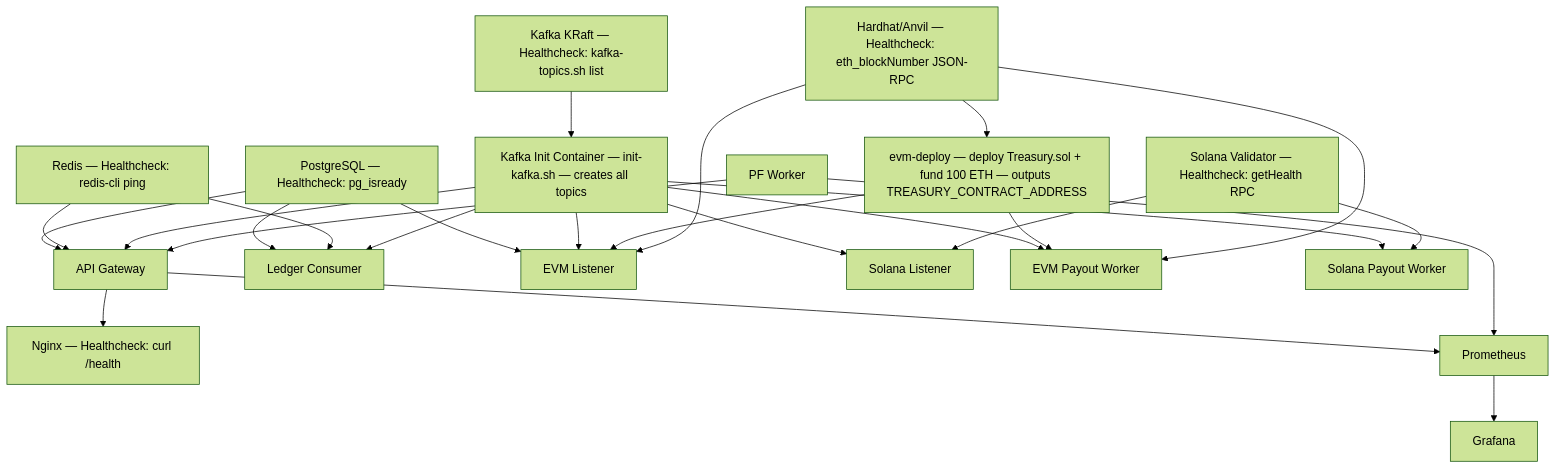
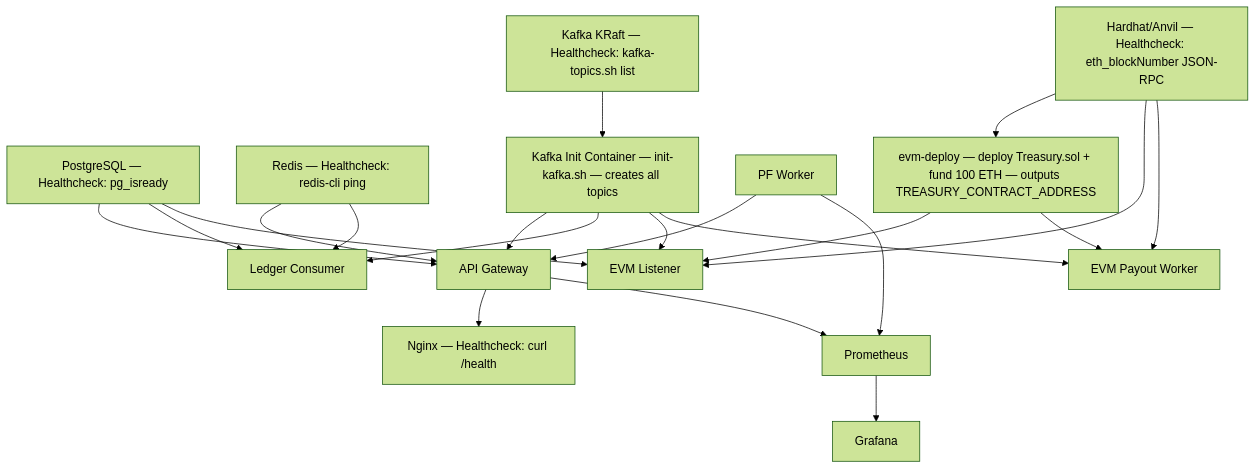
The first of 7 diagrams in documentation/infrastructure-flows.md (Fennzo/DiceTilt), drawn with Mermaid (forest theme) before and after one commit. The commit also changed other lines of this file and 24 other files, not shown here.

Commit message:
align architecture docs with current runtime implementation

````diff
--- a/documentation/infrastructure-flows.md
+++ b/documentation/infrastructure-flows.md
@@ -28,45 +28,38 @@
 ```mermaid
 flowchart TD
     PG["PostgreSQL — Healthcheck: pg_isready"]
     Redis["Redis — Healthcheck: redis-cli ping"]
     Kafka["Kafka KRaft — Healthcheck: kafka-topics.sh list"]
     KafkaInit["Kafka Init Container — init-kafka.sh — creates all topics"]
     Nginx["Nginx — Healthcheck: curl /health"]
     PF["PF Worker"]
     API["API Gateway"]
     Ledger["Ledger Consumer"]
     EVMDeploy["evm-deploy — deploy Treasury.sol + fund 100 ETH — outputs TREASURY_CONTRACT_ADDRESS"]
     EVMListen["EVM Listener"]
-    SolListen["Solana Listener"]
     EVMPay["EVM Payout Worker"]
-    SolPay["Solana Payout Worker"]
     Anvil["Hardhat/Anvil — Healthcheck: eth_blockNumber JSON-RPC"]
-    SolVal["Solana Validator — Healthcheck: getHealth RPC"]
     Prom["Prometheus"]
     Grafana["Grafana"]
 
     PG --> API
     PG --> Ledger
     PG --> EVMListen
     Redis --> API
     Redis --> Ledger
     Kafka --> KafkaInit
     KafkaInit --> API
     KafkaInit --> Ledger
     KafkaInit --> EVMListen
-    KafkaInit --> SolListen
     KafkaInit --> EVMPay
-    KafkaInit --> SolPay
     Anvil --> EVMDeploy
     EVMDeploy --> EVMListen
     EVMDeploy --> EVMPay
     Anvil --> EVMListen
     Anvil --> EVMPay
-    SolVal --> SolListen
-    SolVal --> SolPay
     PF --> API
     API --> Nginx
     API --> Prom
     PF --> Prom
     Prom --> Grafana
 ```
````
